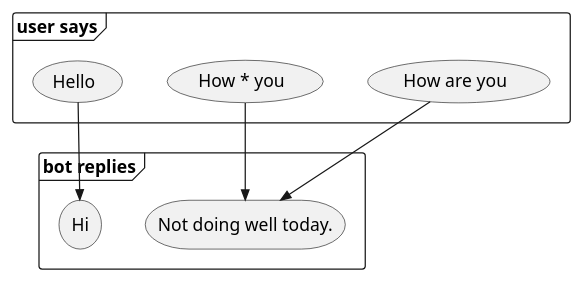
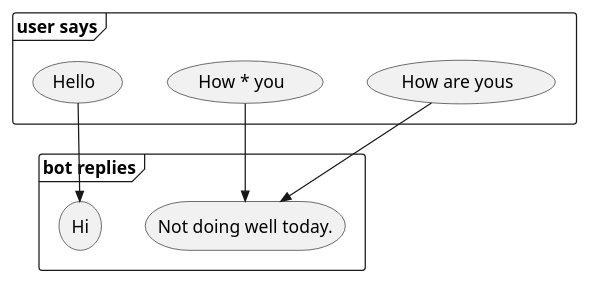
Before and after one commit to jappeace/methods-homework: diagram 22 of 26 in thesis/thesis.org, drawn with PlantUML. The commit also changed other lines of this file and 1 other file, not shown here.

Commit message:
Trying to use svg for images

```diff
--- a/thesis/thesis.org
+++ b/thesis/thesis.org
@@ -4070,16 +4076,19 @@
-#+BEGIN_SRC plantuml :cache yes :file img/uml/dep:aimlcats.png :exports results
-frame "user says"{
-  usecase "How are you" as how
-  usecase "How * you" as howstar
-  usecase Hello
-}
+#+BEGIN_SRC plantuml :cache yes :file img/uml/yesp:aimlcats.svg :exports results
+  skinParam backgroundColor transparent
+  skinparam defaultFontName Arial Unicode MS
 
-frame "bot replies"{
-  storage "Not doing well today." as notwell
-  storage Hi
-}
+  frame "user says"{
+    usecase "How are yous" as how
+    usecase "How * you" as howstar
+    usecase Hello
+  }
 
-how -->> notwell
-howstar -->> notwell
-Hello -->> Hi
+  frame "bot replies"{
+    storage "Not doing well today." as notwell
+    storage Hi
+  }
+
+  how -->> notwell
+  howstar -->> notwell
+  Hello -->> Hi
 #+END_SRC
```
